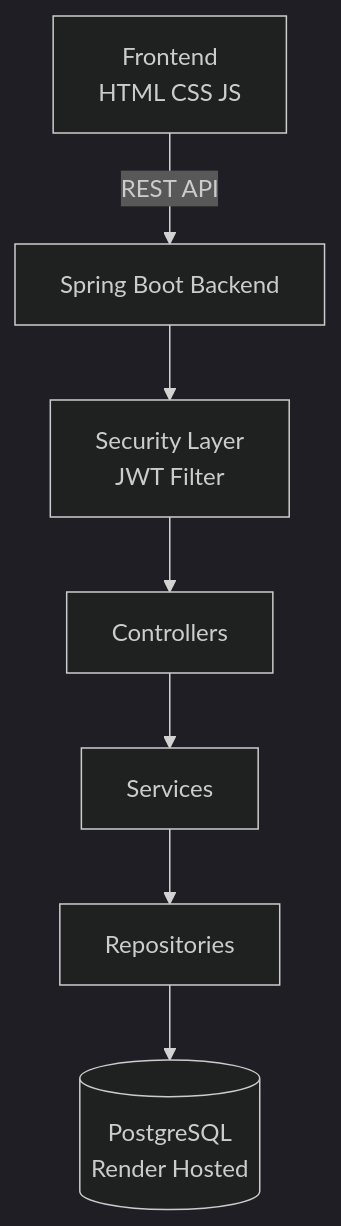
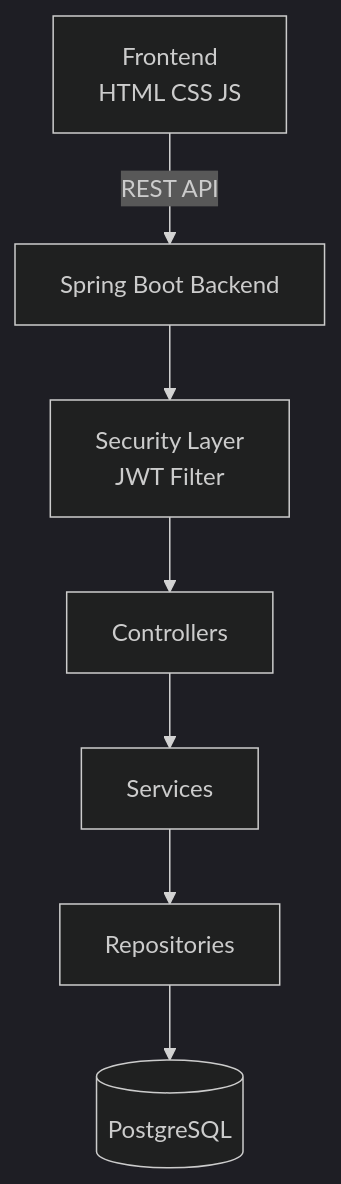
The diagram in README.md (0m12s/Fusion2048), drawn with Mermaid (dark theme) before and after one commit.

````diff
--- a/README.md
+++ b/README.md
@@ -11,12 +11,12 @@
 ```mermaid
 flowchart TD
 
 A[Frontend<br>HTML CSS JS] -->|REST API| B[Spring Boot Backend]
 
 B --> C[Security Layer<br>JWT Filter]
 C --> D[Controllers]
 D --> E[Services]
 E --> F[Repositories]
 
-F --> G[(PostgreSQL<br>Render Hosted)]
+F --> G[(PostgreSQL)]
 ```
````
